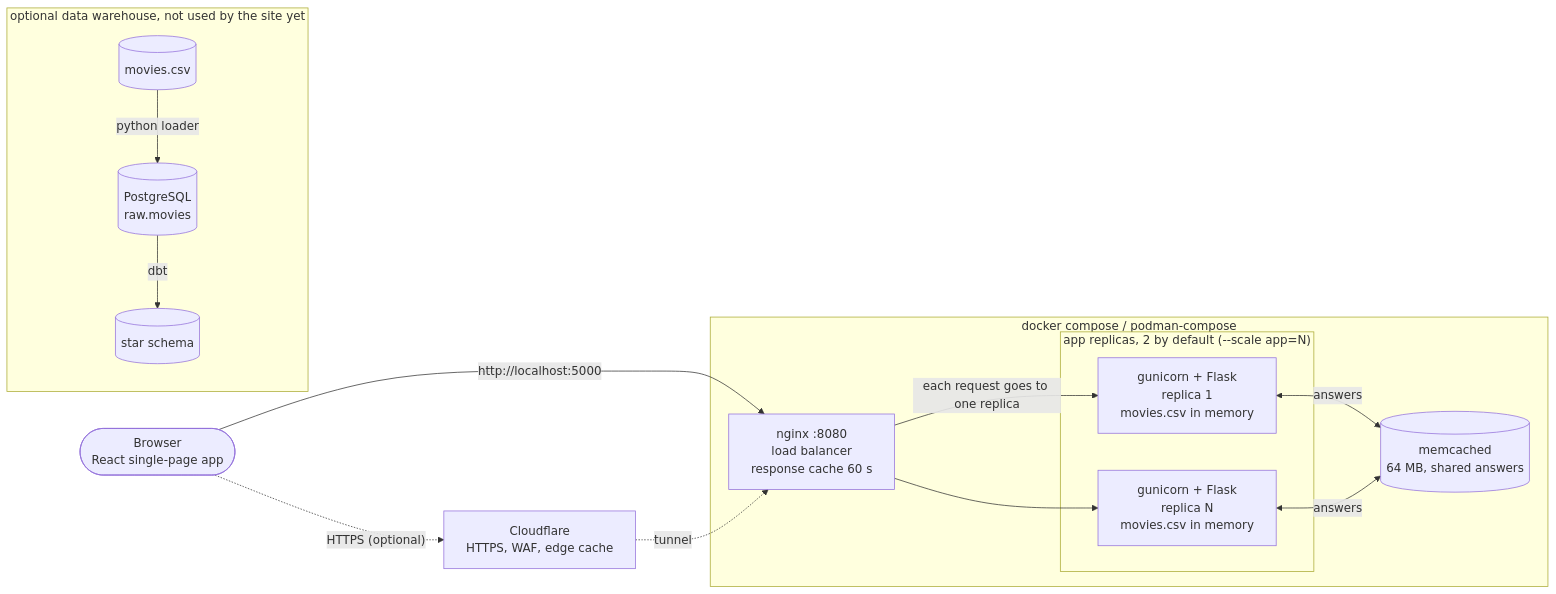
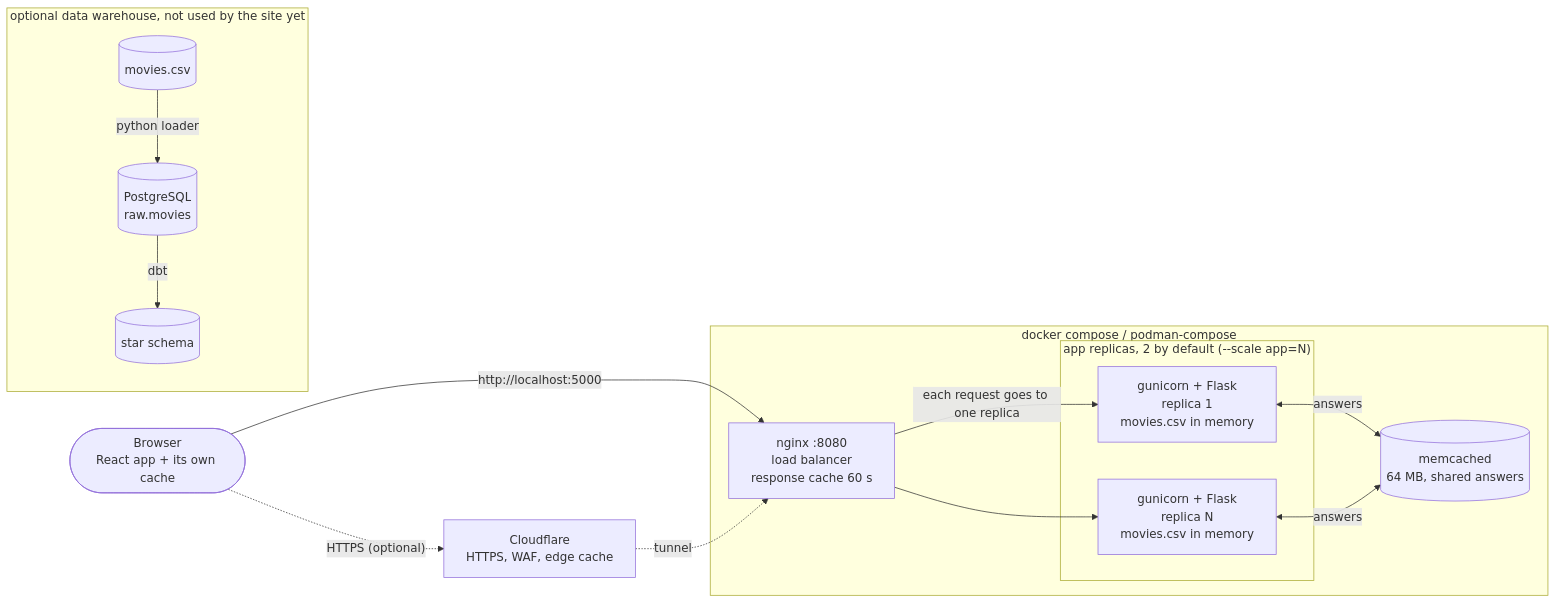
Before and after one commit to ybouilla/hiparis_project: the first of 2 diagrams in README.md, drawn with Mermaid. The commit also changed other lines of this file and 3 other files, not shown here.

````diff
--- a/README.md
+++ b/README.md
@@ -41,27 +41,27 @@
 ```mermaid
 flowchart LR
-    user(["Browser<br/>React single-page app"])
+    user(["Browser<br/>React app + its own cache"])
     cf["Cloudflare<br/>HTTPS, WAF, edge cache"]
 
     subgraph stack["docker compose / podman-compose"]
         nginx["nginx :8080<br/>load balancer<br/>response cache 60 s"]
         subgraph replicas["app replicas, 2 by default (--scale app=N)"]
             app1["gunicorn + Flask<br/>replica 1<br/>movies.csv in memory"]
             app2["gunicorn + Flask<br/>replica N<br/>movies.csv in memory"]
         end
         mc[("memcached<br/>64 MB, shared answers")]
     end
 
     user -->|"http://localhost:5000"| nginx
     user -.->|"HTTPS (optional)"| cf
     cf -.->|"tunnel"| nginx
     nginx -->|"each request goes to one replica"| app1
     nginx --> app2
     app1 <-->|"answers"| mc
     app2 <-->|"answers"| mc
 
     subgraph optional["optional data warehouse, not used by the site yet"]
         csv[("movies.csv")] -->|"python loader"| raw[("PostgreSQL<br/>raw.movies")]
         raw -->|"dbt"| star[("star schema")]
     end
 ```
````
